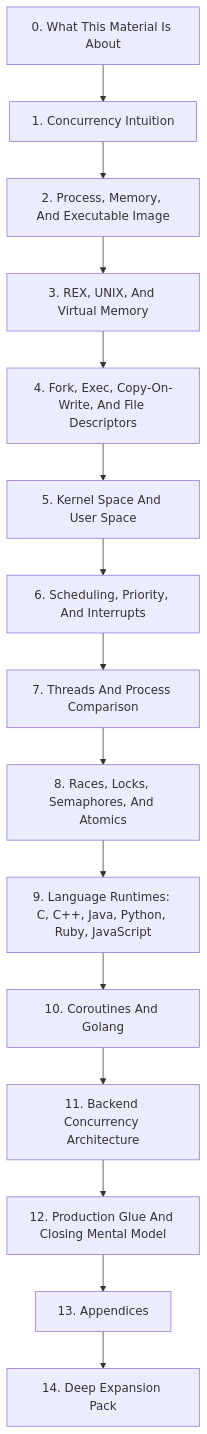
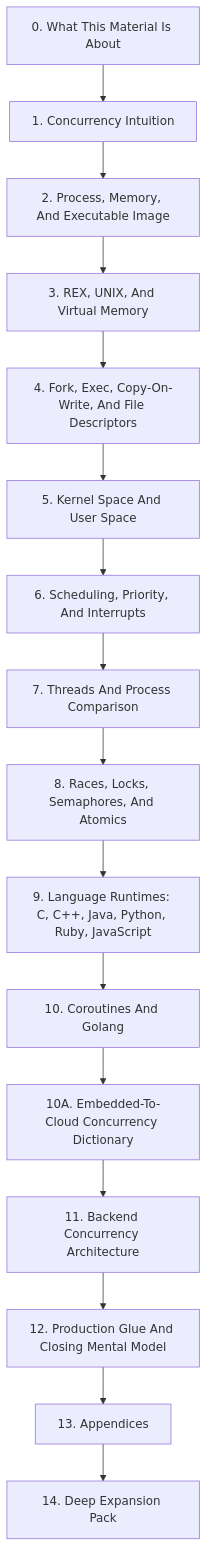
One commit to ashugit/Thread_Fundamentals changed the diagram in index.md. Above: the diagram before and after it, drawn with Mermaid. The commit also changed other lines of this file and 20 other files, not shown here.

Commit message:
Refine voice and add embedded cloud bridge

````diff
--- a/index.md
+++ b/index.md
@@ -62,32 +65,34 @@
 ```mermaid
 flowchart TD
   S00["0. What This Material Is About"]
   S01["1. Concurrency Intuition"]
   S00 --> S01
   S02["2. Process, Memory, And Executable Image"]
   S01 --> S02
   S03["3. REX, UNIX, And Virtual Memory"]
   S02 --> S03
   S04["4. Fork, Exec, Copy-On-Write, And File Descriptors"]
   S03 --> S04
   S05["5. Kernel Space And User Space"]
   S04 --> S05
   S06["6. Scheduling, Priority, And Interrupts"]
   S05 --> S06
   S07["7. Threads And Process Comparison"]
   S06 --> S07
   S08["8. Races, Locks, Semaphores, And Atomics"]
   S07 --> S08
   S09["9. Language Runtimes: C, C++, Java, Python, Ruby, JavaScript"]
   S08 --> S09
   S10["10. Coroutines And Golang"]
   S09 --> S10
+  S10A["10A. Embedded-To-Cloud Concurrency Dictionary"]
+  S10 --> S10A
   S11["11. Backend Concurrency Architecture"]
-  S10 --> S11
+  S10A --> S11
   S12["12. Production Glue And Closing Mental Model"]
   S11 --> S12
   S13["13. Appendices"]
   S12 --> S13
   S14["14. Deep Expansion Pack"]
   S13 --> S14
 ```
````
